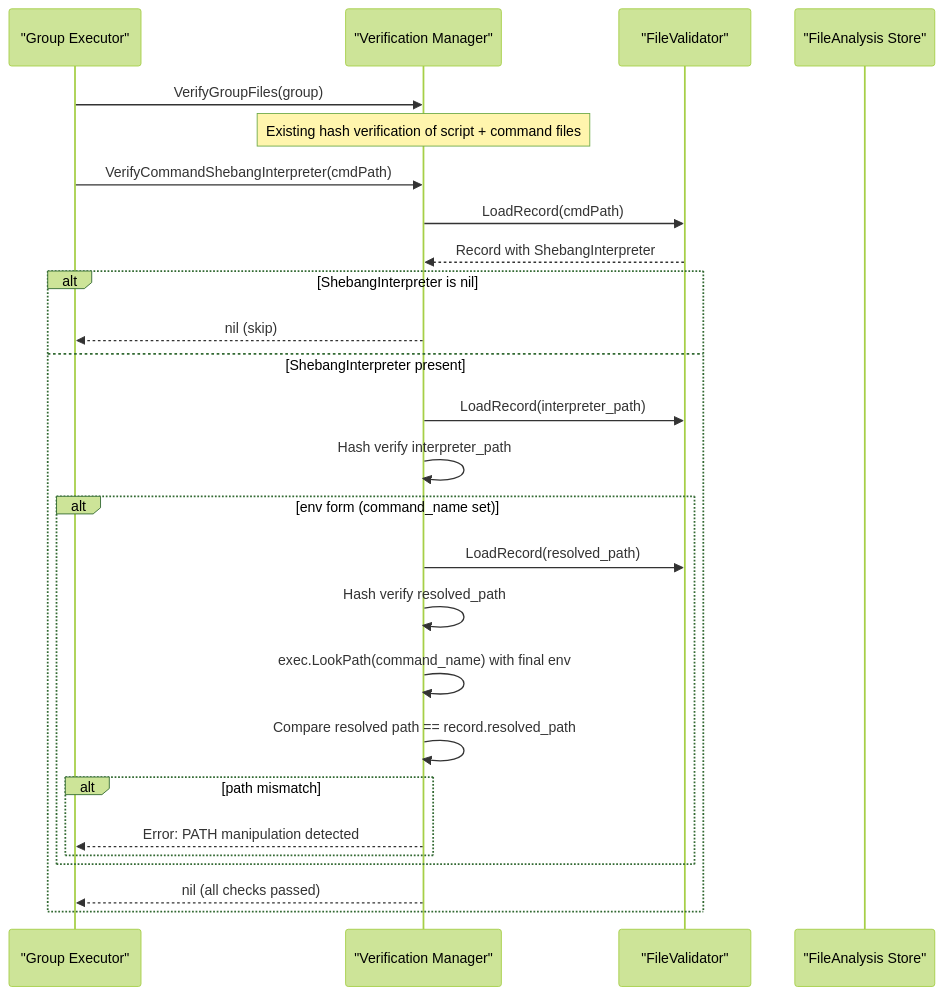
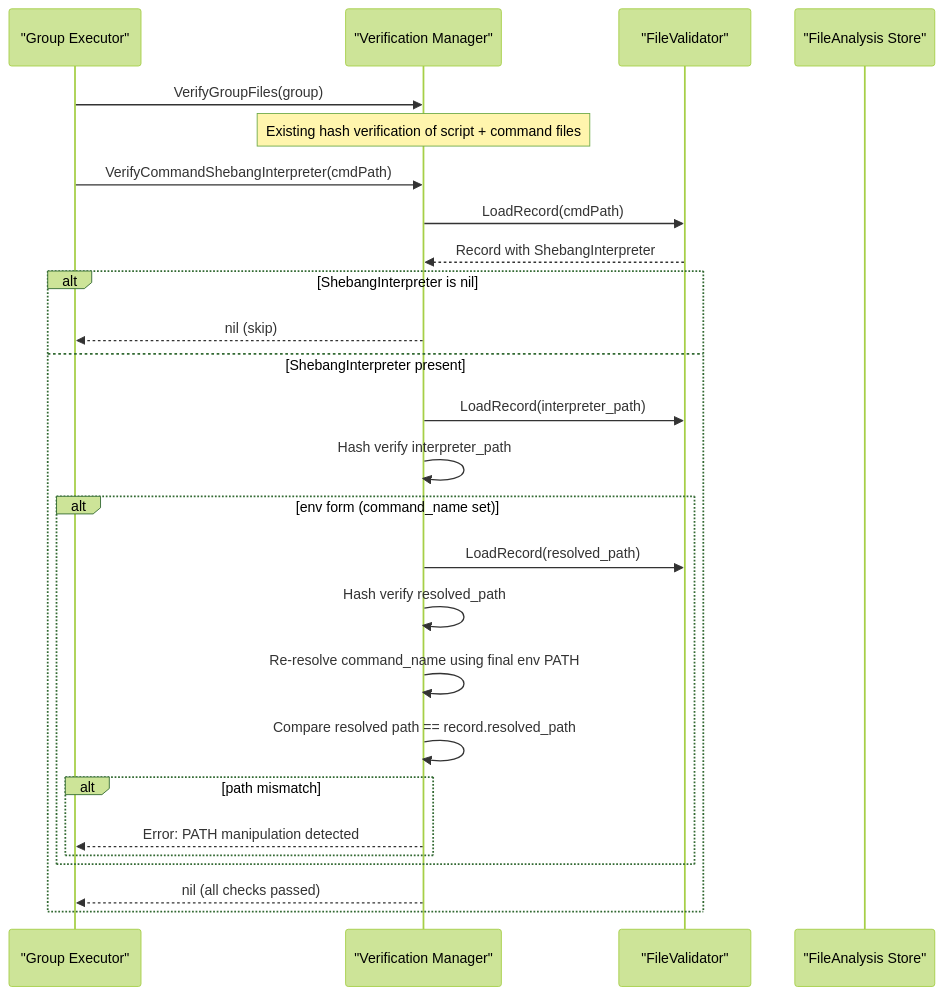
One commit to isseis/go-safe-cmd-runner changed the fifth of 7 diagrams in docs/tasks/0083_shebang_interpreter_tracking/02_architecture.md. Above: the diagram before and after it, drawn with Mermaid (forest theme). The commit also changed other lines of this file and 2 other files, not shown here.

First line of the commit message:
docs: add architecture and implementation plan for shebang interpreter tracking

````diff
--- a/docs/tasks/0083_shebang_interpreter_tracking/02_architecture.md
+++ b/docs/tasks/0083_shebang_interpreter_tracking/02_architecture.md
@@ -135,32 +135,32 @@
 ```mermaid
 sequenceDiagram
     participant GE as "Group Executor"
     participant VM as "Verification Manager"
     participant FV as "FileValidator"
     participant STORE as "FileAnalysis Store"
 
     GE->>VM: VerifyGroupFiles(group)
     Note over VM: Existing hash verification of script + command files
 
     GE->>VM: VerifyCommandShebangInterpreter(cmdPath)
     VM->>FV: LoadRecord(cmdPath)
     FV-->>VM: Record with ShebangInterpreter
 
     alt ShebangInterpreter is nil
         VM-->>GE: nil (skip)
     else ShebangInterpreter present
         VM->>FV: LoadRecord(interpreter_path)
         VM->>VM: Hash verify interpreter_path
 
         alt env form (command_name set)
             VM->>FV: LoadRecord(resolved_path)
             VM->>VM: Hash verify resolved_path
-            VM->>VM: exec.LookPath(command_name) with final env
+            VM->>VM: Re-resolve command_name using final env PATH
             VM->>VM: Compare resolved path == record.resolved_path
             alt path mismatch
                 VM-->>GE: Error: PATH manipulation detected
             end
         end
         VM-->>GE: nil (all checks passed)
     end
 ```
````
